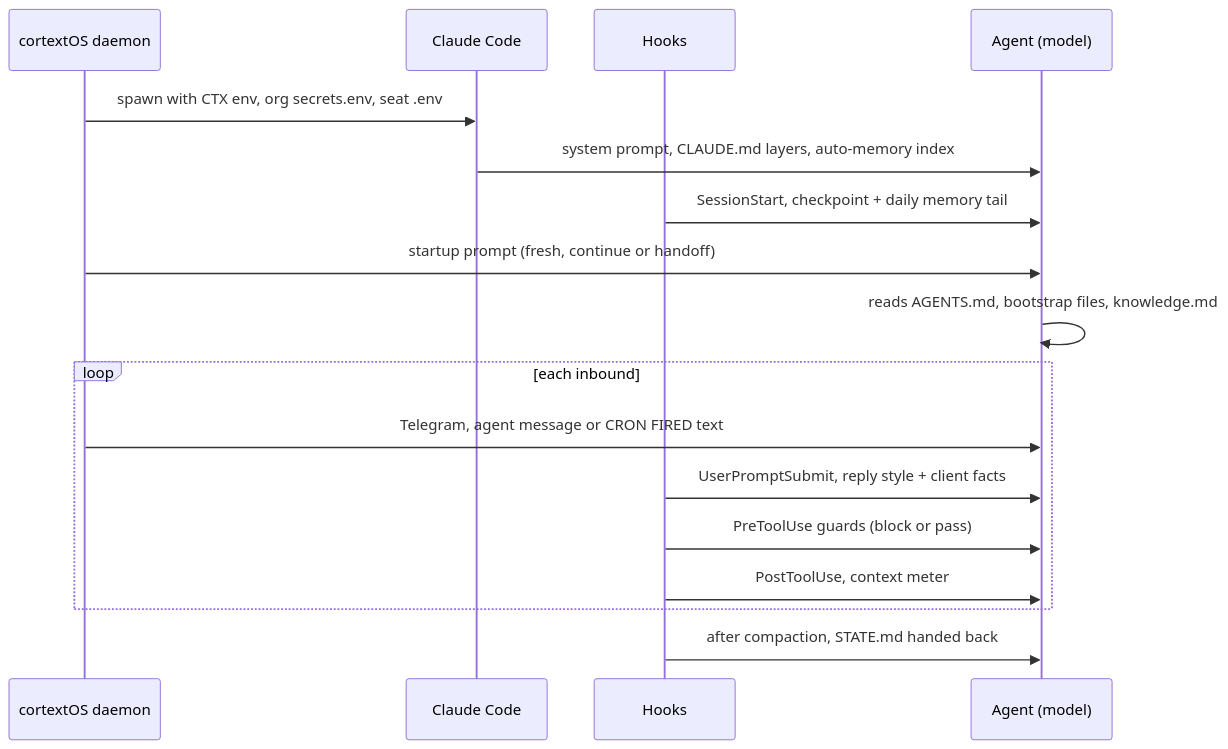
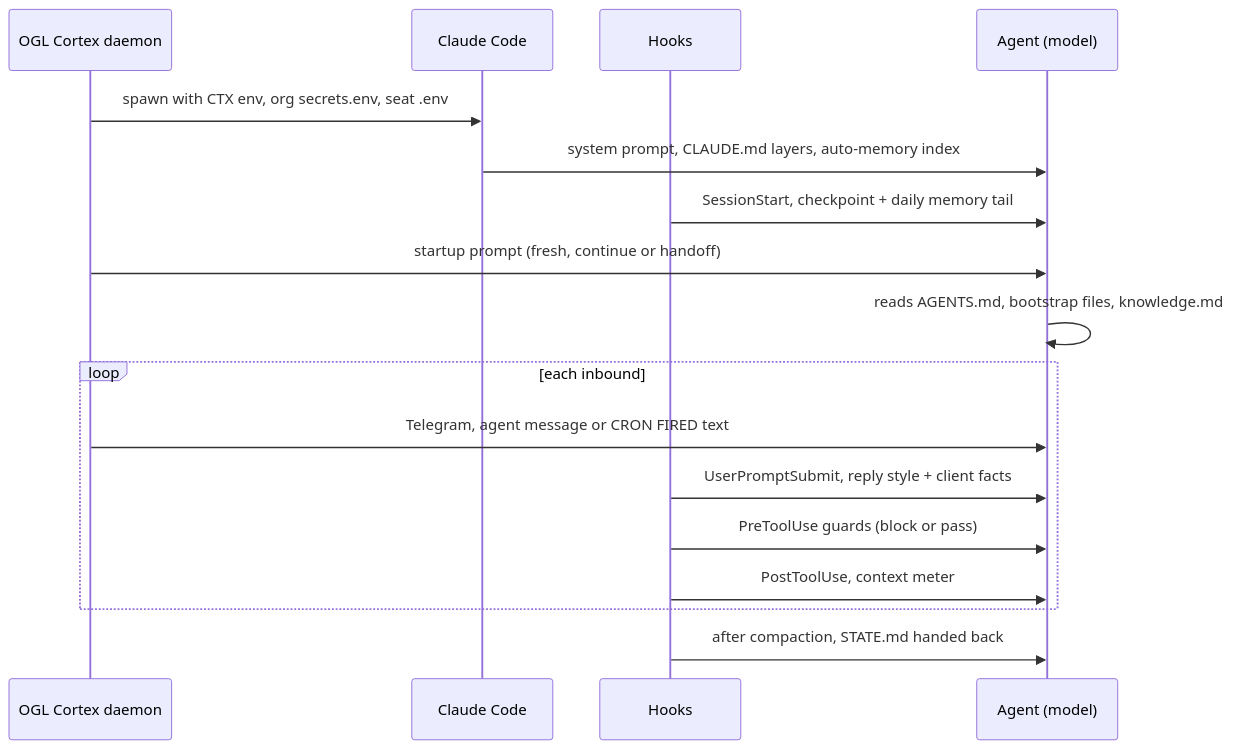
The second of 2 diagrams in docs/03-configuration-registry.md (nicoreincarnate-oss/ogl-cortex), drawn with Mermaid before and after one commit. The commit also changed other lines of this file and 88 other files, not shown here.

First line of the commit message:
Rename to OGL Cortex, memory architecture doc, harness tools, path consistency

````diff
--- a/docs/03-configuration-registry.md
+++ b/docs/03-configuration-registry.md
@@ -335,19 +337,19 @@
 ```mermaid
 sequenceDiagram
-  participant D as cortextOS daemon
+  participant D as OGL Cortex daemon
   participant C as Claude Code
   participant H as Hooks
   participant A as Agent (model)
   D->>C: spawn with CTX env, org secrets.env, seat .env
   C->>A: system prompt, CLAUDE.md layers, auto-memory index
   H->>A: SessionStart, checkpoint + daily memory tail
   D->>A: startup prompt (fresh, continue or handoff)
   A->>A: reads AGENTS.md, bootstrap files, knowledge.md
   loop each inbound
     D->>A: Telegram, agent message or CRON FIRED text
     H->>A: UserPromptSubmit, reply style + client facts
     H->>A: PreToolUse guards (block or pass)
     H->>A: PostToolUse, context meter
   end
   H->>A: after compaction, STATE.md handed back
 ```
````
